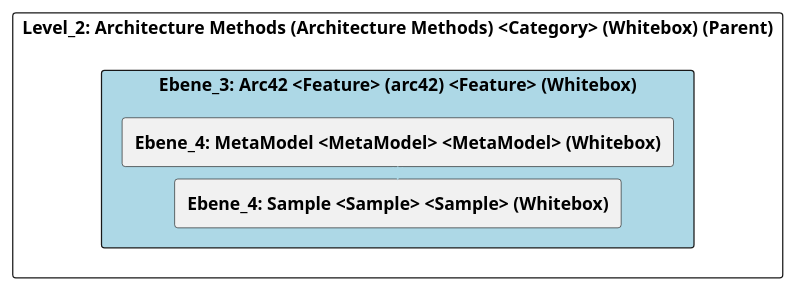
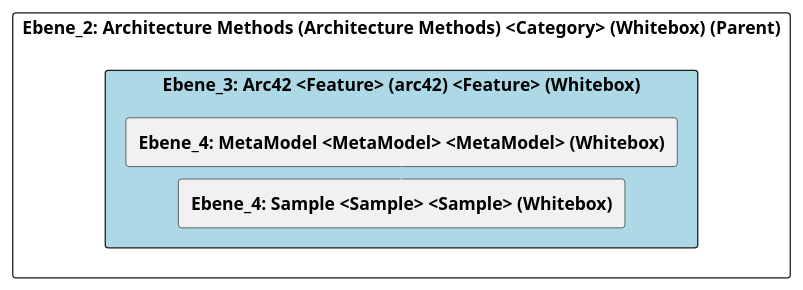
One commit to marcozwyssig/cleon changed the diagram in doc/cleonproject_deliverables_architecture_model_architecture/adoc/de/05_bausteinsicht/cleon/architecture_methods/arc42/ebene_3_arc42.adoc. Above: the diagram before and after it, drawn with PlantUML. The commit also changed other lines of this file and 620 other files, not shown here.

```diff
--- a/doc/cleonproject_deliverables_architecture_model_architecture/adoc/de/05_bausteinsicht/cleon/architecture_methods/arc42/ebene_3_arc42.adoc
+++ b/doc/cleonproject_deliverables_architecture_model_architecture/adoc/de/05_bausteinsicht/cleon/architecture_methods/arc42/ebene_3_arc42.adoc
@@ -20,28 +20,28 @@
 [plantuml, Ebene_3: Arc42 <Feature> (arc42) <Feature> (Whitebox)BlockOverview, format="svg"]
 ----
 @startuml Ebene_3: Arc42 <Feature> (arc42) <Feature> (Whitebox)BuildingBlockOverview
 
 skinparam ranksep 10
 skinparam componentStyle rectangle
 skinparam shadowing false
 skinparam arrowColor lightblue
 skinparam arrowThickness 1.2
 skinparam rectangle {
   BackgroundColor White
   BorderColor #333
   RoundCorner 10
 }
 top to bottom direction
 
-component "Level_2: Architecture Methods (Architecture Methods) <Category> (Whitebox) (Parent)" {
+component "Ebene_2: Architecture Methods (Architecture Methods) <Category> (Whitebox) (Parent)" {
     component "Ebene_3: Arc42 <Feature> (arc42) <Feature> (Whitebox)" #lightblue {
         [**Ebene_4: MetaModel <MetaModel> <MetaModel> (Whitebox)**] as 4A57056E_D579_11EE_903E_9F564E4DE07E
         [**Ebene_4: Sample <Sample> <Sample> (Whitebox)**] as 4A56DE47_D579_11EE_903E_9F564E4DE07E
     }
 
     4A57056E_D579_11EE_903E_9F564E4DE07E -down-> 4A56DE47_D579_11EE_903E_9F564E4DE07E
     
 }
 
 @enduml
 ----
```
